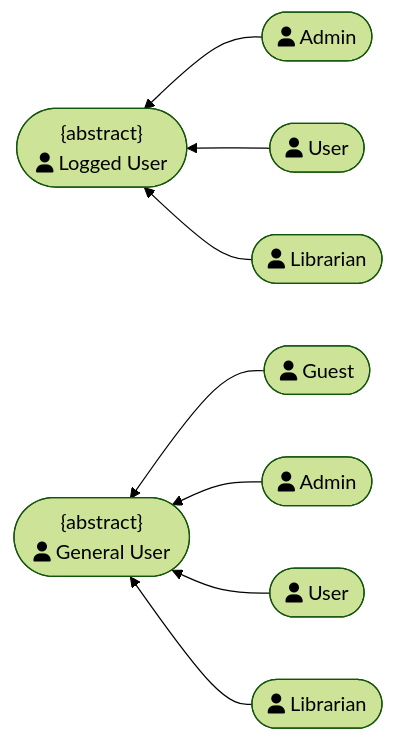
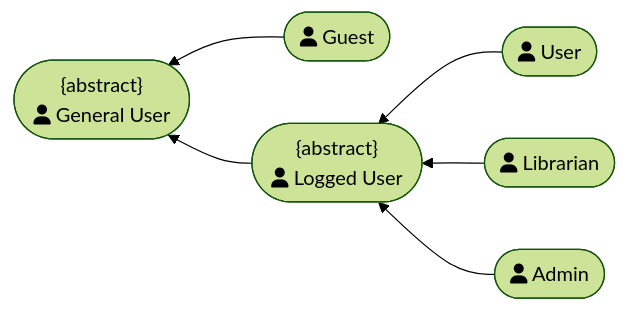
One commit to DuyNhat1705/AmeThyst-Library changed the first of 9 diagrams in docs/management/PA3/Use-CaseSpecification.md. Above: the diagram before and after it, drawn with Mermaid (forest theme). The commit also changed other lines of this file and 5 other files, not shown here.

Commit message:
update usecase diagram for PA4

````diff
--- a/docs/management/PA3/Use-CaseSpecification.md
+++ b/docs/management/PA3/Use-CaseSpecification.md
@@ -98,24 +98,20 @@
 ```mermaid
 flowchart RL
-    L1(["<center>{abstract}<br>fa:fa-user Logged User</center>"])
+    %% Abstract Parent Actors
+    GeneralUser(["<center>{abstract} <br> fa:fa-user General User</center>"])
+    LoggedUser(["<center>{abstract} <br> fa:fa-user Logged User</center>"])
 
-    L2_1(["<center>fa:fa-user Admin</center>"])
-    L2_2(["<center>fa:fa-user User</center>"])
-    L2_3(["<center>fa:fa-user Librarian</center>"])
+    %% Concrete Actors
+    Guest([fa:fa-user Guest])
+    User([fa:fa-user User])
+    Librarian([fa:fa-user Librarian])
+    Admin([fa:fa-user Admin])
 
-    L3(["<center>{abstract}<br>fa:fa-user General User</center>"])
-
-    L4_1(["<center>fa:fa-user Guest</center>"])
-    L4_2(["<center>fa:fa-user Admin</center>"])
-    L4_3(["<center>fa:fa-user User</center>"])
-    L4_4(["<center>fa:fa-user Librarian</center>"])
-
-    L2_1 --> L1
-    L2_2 --> L1
-    L2_3 --> L1
- 
-    L4_1 --> L3
-    L4_2 --> L3
-    L4_3 --> L3
-    L4_4 --> L3
+    %% Hierarchy (Child --> Parent)
+    Guest --> GeneralUser
+    LoggedUser --> GeneralUser
+    
+    User --> LoggedUser
+    Librarian --> LoggedUser
+    Admin --> LoggedUser
 ```
````
